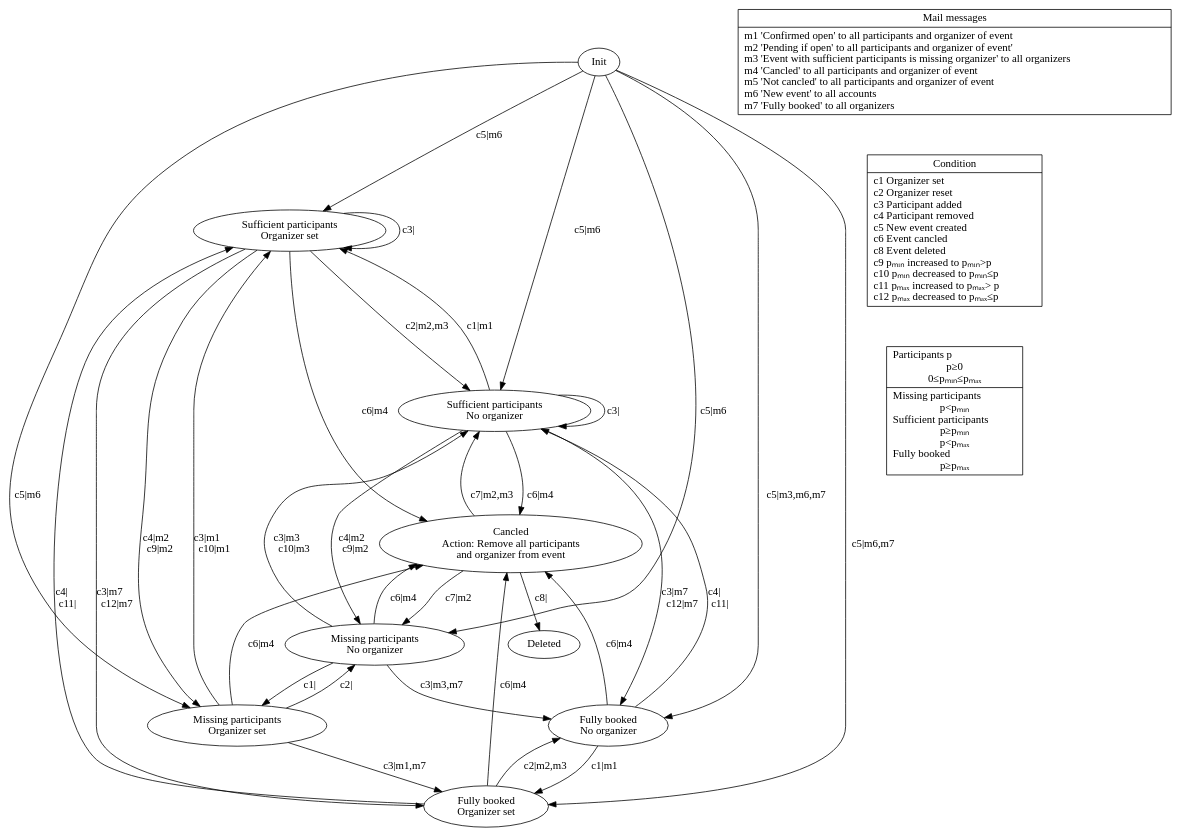
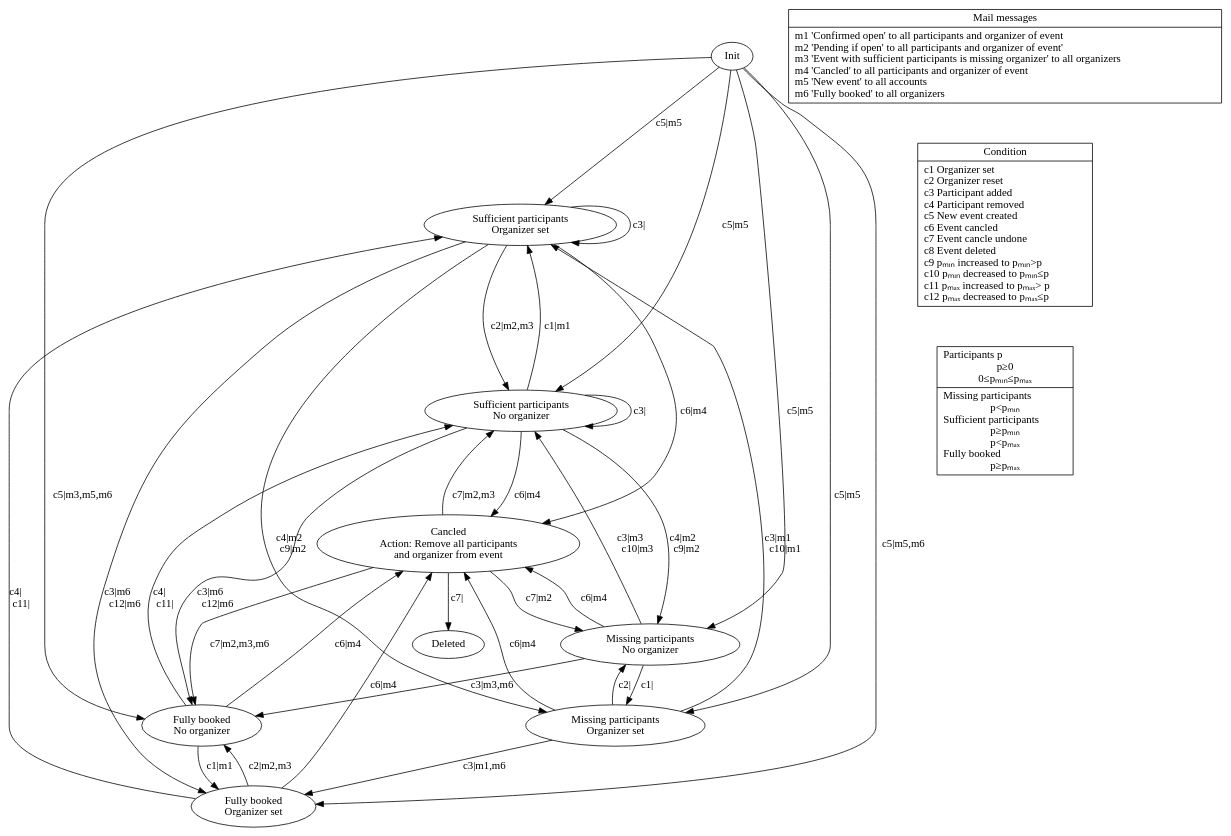
One commit to gilbertf/clubber changed the diagram in eventFlow.dot. Above: the diagram before and after it, drawn with Graphviz. The commit also changed 2 other files, not shown here.

```diff
--- a/eventFlow.dot
+++ b/eventFlow.dot
@@ -1,53 +1,54 @@
 strict digraph {
     spos [label="Sufficient participants\nOrganizer set"]
     spno [label="Sufficient participants\nNo organizer"]
     mpos [label="Missing participants\nOrganizer set"]
     mpno [label="Missing participants\nNo organizer"]
     fbno [label="Fully booked\nNo organizer"]
     fbos [label="Fully booked\nOrganizer set"]
     c [label="Cancled\nAction: Remove all participants\nand organizer from event"]
     d [label="Deleted"]
     i [label="Init"]
 
     spos -> spno [label="c2|m2,m3"]
     spos -> mpos [label="c4|m2\lc9|m2"]
     spno -> spos [label="c1|m1"]
     mpos -> spos [label="c3|m1\lc10|m1"]
     mpos -> mpno [label="c2|"]
     mpno -> mpos [label="c1|"]
     mpno -> spno [label="c3|m3\lc10|m3"]
     spno -> mpno [label="c4|m2\lc9|m2"]
-    spos -> fbos [label="c3|m7\lc12|m7"]
-    spno -> fbno [label="c3|m7\lc12|m7"]
+    spos -> fbos [label="c3|m6\lc12|m6"]
+    spno -> fbno [label="c3|m6\lc12|m6"]
     fbno -> fbos [label="c1|m1"]
     fbno -> spno [label="c4|\lc11|"]
     fbos -> fbno [label="c2|m2,m3"]
     fbos -> spos [label="c4|\lc11|"]
     fbos -> c [label="c6|m4"]
     fbno -> c [label="c6|m4"]
     spno -> c [label="c6|m4"]
     spno -> spno [label="c3|"]
     mpos -> c [label="c6|m4"]
-    mpos -> fbos [label="c3|m1,m7"]
-    mpno -> fbno [label="c3|m3,m7"]
+    mpos -> fbos [label="c3|m1,m6"]
+    mpno -> fbno [label="c3|m3,m6"]
     mpno -> c [label="c6|m4"]
     spos -> c [label="c6|m4"]
     spos -> spos [label="c3|"]
     c -> mpno [label="c7|m2"]
     c -> spno [label="c7|m2,m3"]
-    c -> d [label="c8|"]
-    i -> spos [label="c5|m6"]
-    i -> spno [label="c5|m6"]
-    i -> mpos [label="c5|m6"]
-    i -> mpno [label="c5|m6"]
-    i -> fbno [label="c5|m3,m6,m7"]
-    i -> fbos [label="c5|m6,m7"]
+    c -> d [label="c7|"]
+    c -> fbno [label="c7|m2,m3,m6"]
+    i -> spos [label="c5|m5"]
+    i -> spno [label="c5|m5"]
+    i -> mpos [label="c5|m5"]
+    i -> mpno [label="c5|m5"]
+    i -> fbno [label="c5|m3,m5,m6"]
+    i -> fbos [label="c5|m5,m6"]
 
-    condition [shape=record, label="{Condition|c1 Organizer set\lc2 Organizer reset\lc3 Participant added\lc4 Participant removed\lc5 New event created\lc6 Event cancled\lc8 Event deleted\lc9 pₘᵢₙ increased to pₘᵢₙ\>p\lc10 pₘᵢₙ decreased to pₘᵢₙ\≤p\lc11 pₘₐₓ increased to pₘₐₓ\> p\lc12 pₘₐₓ decreased to pₘₐₓ\≤p\l}"]
-    mail [shape=record, label="{Mail messages|m1 'Confirmed open' to all participants and organizer of event\lm2 'Pending if open' to all participants and organizer of event'\lm3 'Event with sufficient participants is missing organizer' to all organizers\lm4 'Cancled' to all participants and organizer of event\lm5 'Not cancled' to all participants and organizer of event\lm6 'New event' to all accounts\lm7 'Fully booked' to all organizers\l}"]
+    condition [shape=record, label="{Condition|c1 Organizer set\lc2 Organizer reset\lc3 Participant added\lc4 Participant removed\lc5 New event created\lc6 Event cancled\lc7 Event cancle undone\lc8 Event deleted\lc9 pₘᵢₙ increased to pₘᵢₙ\>p\lc10 pₘᵢₙ decreased to pₘᵢₙ\≤p\lc11 pₘₐₓ increased to pₘₐₓ\> p\lc12 pₘₐₓ decreased to pₘₐₓ\≤p\l}"]
+    mail [shape=record, label="{Mail messages|m1 'Confirmed open' to all participants and organizer of event\lm2 'Pending if open' to all participants and organizer of event'\lm3 'Event with sufficient participants is missing organizer' to all organizers\lm4 'Cancled' to all participants and organizer of event\lm5 'New event' to all accounts\lm6 'Fully booked' to all organizers\l}"]
     participants [shape=record, label="{Participants p\lp\≥0\n0\≤pₘᵢₙ\≤pₘₐₓ|Missing participants\lp\<pₘᵢₙ\nSufficient participants\lp\≥pₘᵢₙ\np\<pₘₐₓ\nFully booked\lp\≥pₘₐₓ}"]
 
 edge[ style=invis]
 mail -> condition -> participants
     
 }
```
